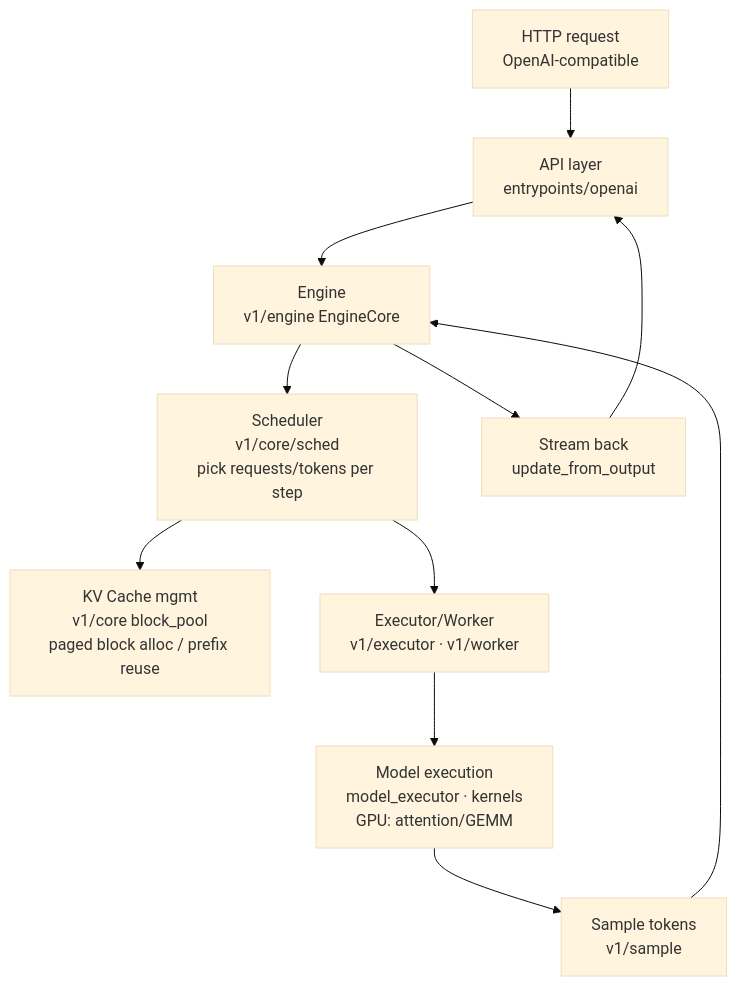
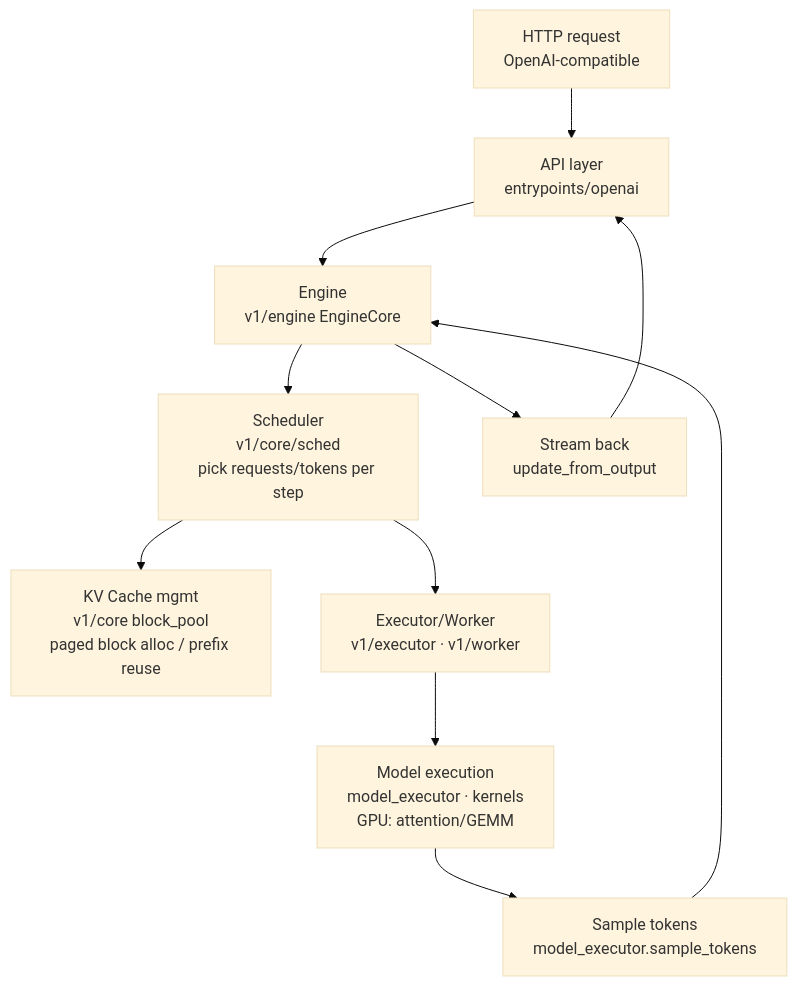
Before and after one commit to raymondyates1990/vllm-caseStudy: the diagram in _notes/01-architecture-map.md, drawn with Mermaid (base theme). The commit also changed other lines of this file and 1 other file, not shown here.

Commit message:
review(r2): fix sampling-is-executor, add specialized subsystems + engine alias fact (note01)

````diff
--- a/_notes/01-architecture-map.md
+++ b/_notes/01-architecture-map.md
@@ -9,13 +9,13 @@
 ```mermaid
 flowchart TD
     A[HTTP request<br/>OpenAI-compatible] --> B[API layer<br/>entrypoints/openai]
     B --> C[Engine<br/>v1/engine EngineCore]
     C --> D[Scheduler<br/>v1/core/sched<br/>pick requests/tokens per step]
     D --> E[KV Cache mgmt<br/>v1/core block_pool<br/>paged block alloc / prefix reuse]
     D --> F[Executor/Worker<br/>v1/executor · v1/worker]
     F --> G[Model execution<br/>model_executor · kernels<br/>GPU: attention/GEMM]
-    G --> H[Sample tokens<br/>v1/sample]
+    G --> H[Sample tokens<br/>model_executor.sample_tokens]
     H --> C
     C --> I[Stream back<br/>update_from_output]
     I --> B
 ```
````
